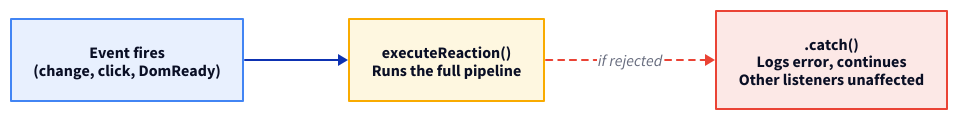
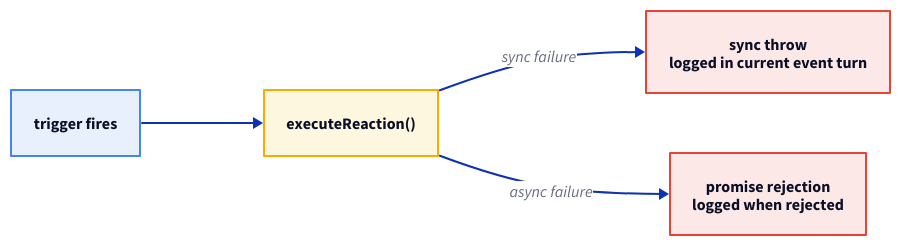
Before and after one commit to marafiq/alis-reactive: the diagram in docs-site/src/content/docs/architecture/error-behavior.mdx, drawn with D2. The commit also changed other lines of this file and 1 other file, not shown here.

Commit message:
docs: align runtime architecture vocabulary

````diff
--- a/docs-site/src/content/docs/architecture/error-behavior.mdx
+++ b/docs-site/src/content/docs/architecture/error-behavior.mdx
@@ -14,28 +18,32 @@
 ```d2
 direction: right
 
-listener: "Event fires\n(change, click, DomReady)" {
+trigger: "trigger fires" {
   shape: rectangle
   style.fill: "#e8f0fe"
   style.stroke: "#4285f4"
   style.font-size: 16
 }
-execute: "executeReaction()\nRuns the full pipeline" {
+execute: "executeReaction()" {
   shape: rectangle
   style.fill: "#fef7e0"
   style.stroke: "#f9ab00"
   style.font-size: 16
 }
-catch: ".catch()\nLogs error, continues\nOther listeners unaffected" {
+sync: "sync throw\nlogged in current event turn" {
+  shape: rectangle
+  style.fill: "#fce8e6"
+  style.stroke: "#ea4335"
+  style.font-size: 16
+}
+async: "promise rejection\nlogged when rejected" {
   shape: rectangle
   style.fill: "#fce8e6"
   style.stroke: "#ea4335"
   style.font-size: 16
 }
 
-listener -> execute
-execute -> catch: if rejected {
-  style.stroke: "#ea4335"
-  style.stroke-dash: 3
-}
+trigger -> execute
+execute -> sync: sync failure
+execute -> async: async failure
 ```
````
